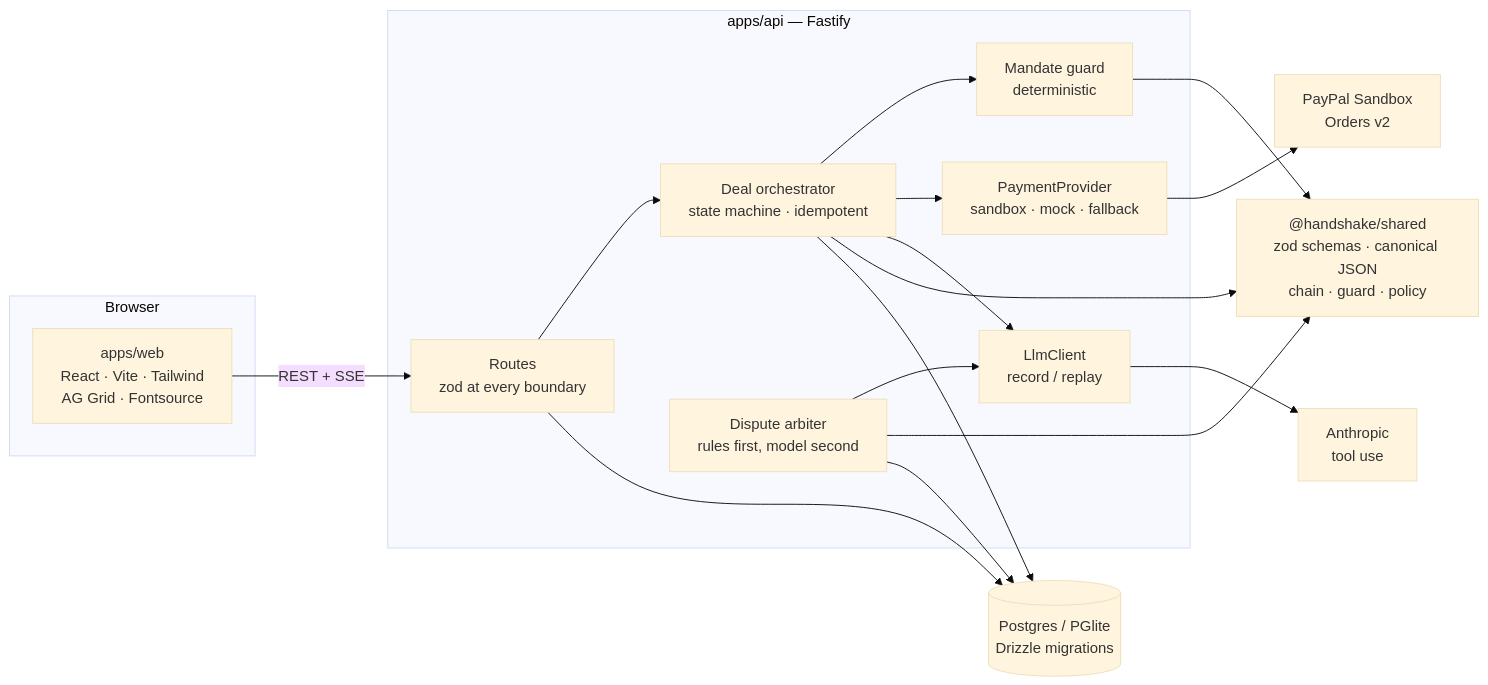
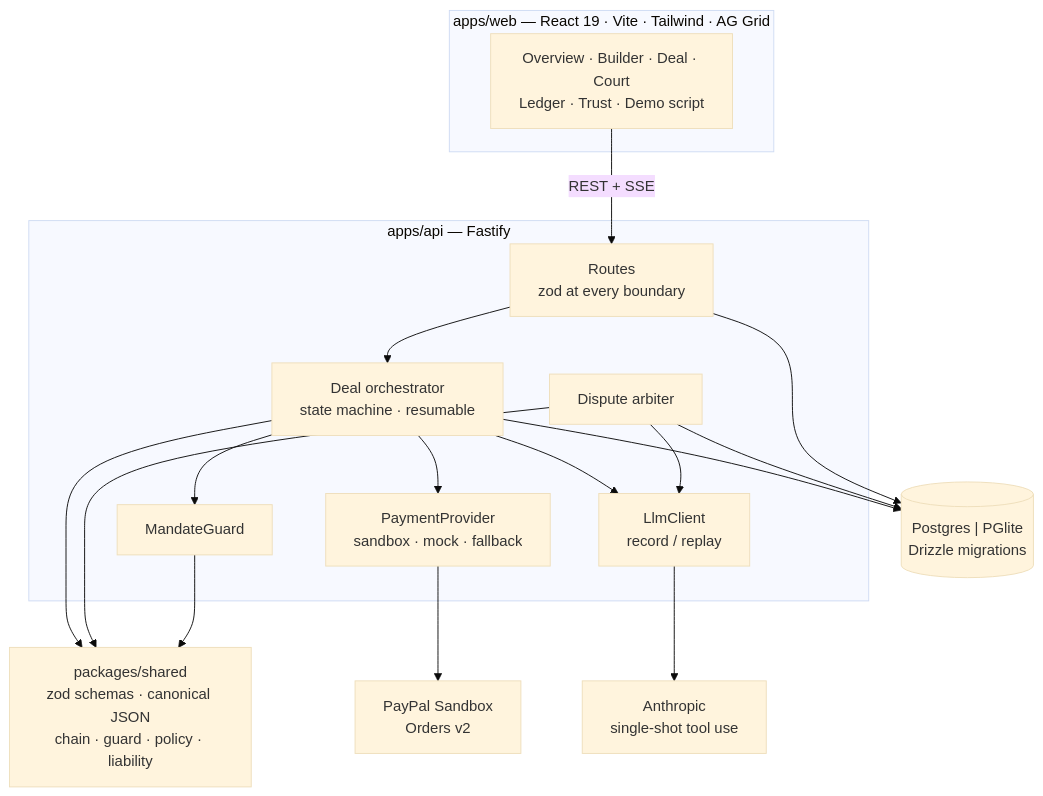
One commit to RHarshith2005/paypal changed the second of 3 diagrams in README.md. Above: the diagram before and after it, drawn with Mermaid (base theme). The commit also changed other lines of this file and 2 other files, not shown here.

````diff
--- a/README.md
+++ b/README.md
@@ -129,29 +234,35 @@
 ```mermaid
-graph LR
-  subgraph Browser
-    W["apps/web<br/>React · Vite · Tailwind<br/>AG Grid · Fontsource"]
+flowchart TB
+  subgraph web["apps/web — React 19 · Vite · Tailwind · AG Grid"]
+    UI["Overview · Builder · Deal · Court<br/>Ledger · Trust · Demo script"]
   end
-  subgraph API["apps/api — Fastify"]
+
+  subgraph api["apps/api — Fastify"]
     R["Routes<br/>zod at every boundary"]
-    O["Deal orchestrator<br/>state machine · idempotent"]
-    G["Mandate guard<br/>deterministic"]
-    A["Dispute arbiter<br/>rules first, model second"]
-    P["PaymentProvider<br/>sandbox · mock · fallback"]
-    L["LlmClient<br/>record / replay"]
+    O["Deal orchestrator<br/>state machine · resumable"]
+    G["MandateGuard"]
+    AR["Dispute arbiter"]
+    PP["PaymentProvider<br/>sandbox · mock · fallback"]
+    LL["LlmClient<br/>record / replay"]
   end
-  S["@handshake/shared<br/>zod schemas · canonical JSON<br/>chain · guard · policy"]
-  DB[("Postgres / PGlite<br/>Drizzle migrations")]
+
+  S["packages/shared<br/>zod schemas · canonical JSON<br/>chain · guard · policy · liability"]
+  DB[("Postgres | PGlite<br/>Drizzle migrations")]
   PAY["PayPal Sandbox<br/>Orders v2"]
-  ANT["Anthropic<br/>tool use"]
+  ANT["Anthropic<br/>single-shot tool use"]
 
-  W -- "REST + SSE" --> R
+  UI -- "REST + SSE" --> R
   R --> O
   O --> G
-  O --> P
-  O --> L
-  A --> L
-  O & A & G --> S
-  R & O & A --> DB
-  P --> PAY
-  L --> ANT
+  O --> PP
+  O --> LL
+  AR --> LL
+  O --> S
+  AR --> S
+  G --> S
+  O --> DB
+  AR --> DB
+  R --> DB
+  PP --> PAY
+  LL --> ANT
 ```
````
